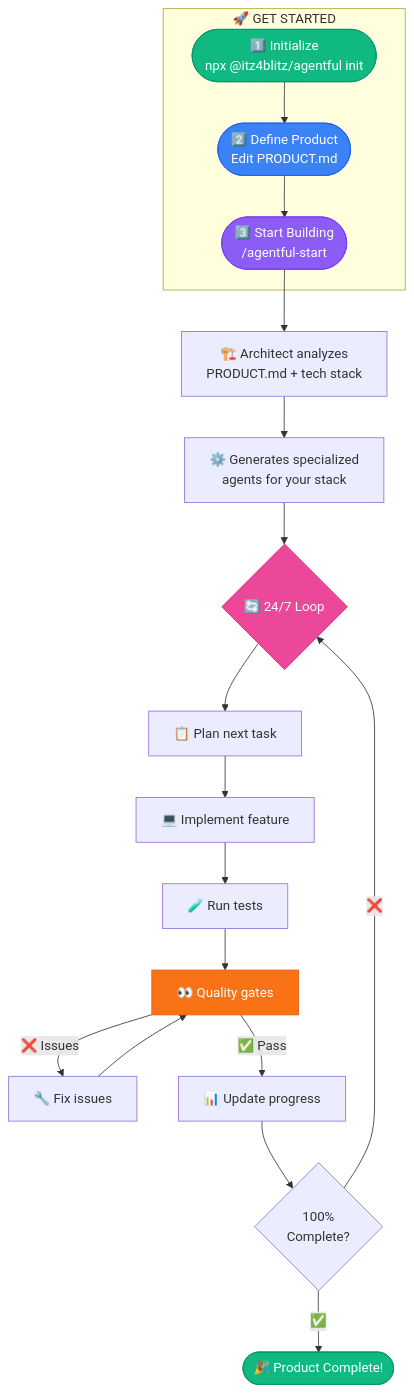
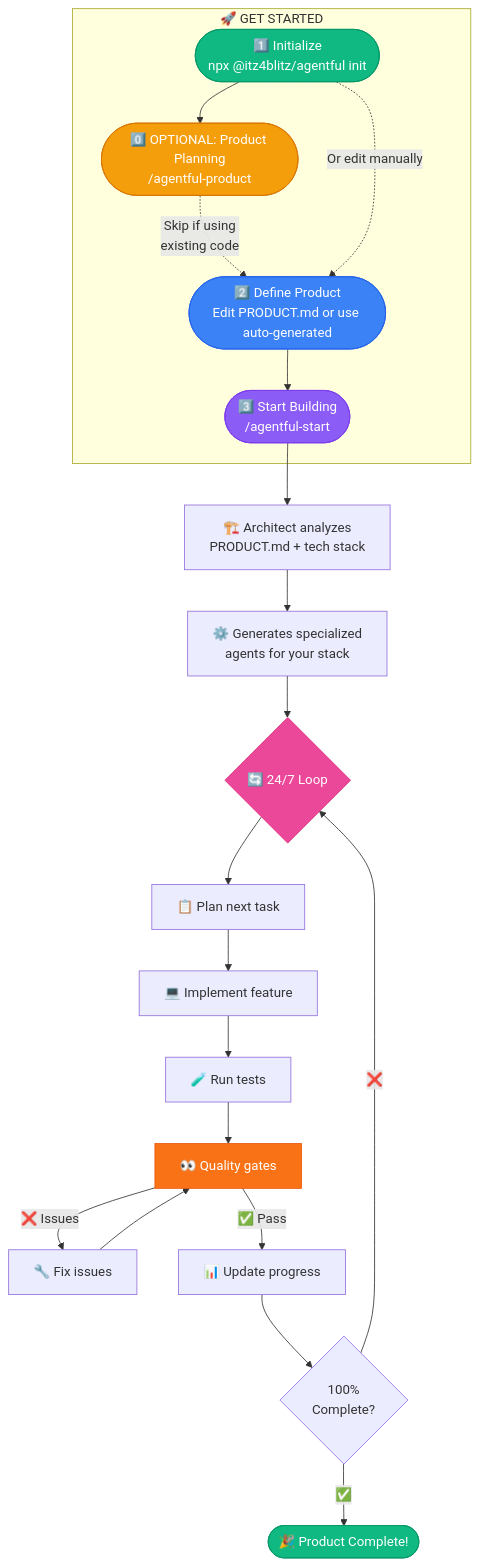
Before and after one commit to itz4blitz/agentful: the diagram in docs/pages/index.mdx, drawn with Mermaid. The commit also changed other lines of this file and 24 other files, not shown here.

````diff
--- a/docs/pages/index.mdx
+++ b/docs/pages/index.mdx
@@ -36,45 +49,50 @@
 ```mermaid
 flowchart TB
     subgraph Setup["🚀 GET STARTED"]
         Init([1️⃣ Initialize<br/>npx @itz4blitz/agentful init])
-        Define([2️⃣ Define Product<br/>Edit PRODUCT.md])
+        Product([0️⃣ OPTIONAL: Product Planning<br/>/agentful-product])
+        Define([2️⃣ Define Product<br/>Edit PRODUCT.md or use auto-generated])
         Start([3️⃣ Start Building<br/>/agentful-start])
 
-        Init --> Define
+        Init --> Product
+        Product -.->|Skip if using<br/>existing code| Define
+        Init -.->|Or edit manually| Define
         Define --> Start
     end
 
     Start --> Analyze[🏗️ Architect analyzes<br/>PRODUCT.md + tech stack]
 
     Analyze --> Generate[⚙️ Generates specialized<br/>agents for your stack]
 
     Generate --> Loop{🔄 24/7 Loop}
 
     Loop --> Plan[📋 Plan next task]
     Plan --> Implement[💻 Implement feature]
     Implement --> Test[🧪 Run tests]
     Test --> Review[👀 Quality gates]
 
     Review -->|❌ Issues| Fix[🔧 Fix issues]
     Fix --> Review
 
     Review -->|✅ Pass| Update[📊 Update progress]
     Update --> Check{100%<br>Complete?}
     Check -->|❌| Loop
 
     Check -->|✅| Done([🎉 Product Complete!])
 
     classDef initStyle fill:#10b981,stroke:#059669,color:#fff
+    classDef productStyle fill:#f59e0b,stroke:#d97706,color:#fff
     classDef defineStyle fill:#3b82f6,stroke:#2563eb,color:#fff
     classDef startStyle fill:#8b5cf6,stroke:#7c3aed,color:#fff
     classDef loopStyle fill:#ec4899,stroke:#db2777,color:#fff
     classDef reviewStyle fill:#f97316,stroke:#ea580c,color:#fff
     classDef doneStyle fill:#10b981,stroke:#059669,color:#fff
 
     class Init initStyle
+    class Product productStyle
     class Define defineStyle
     class Start startStyle
     class Loop loopStyle
     class Review reviewStyle
     class Done doneStyle
 ```
````
